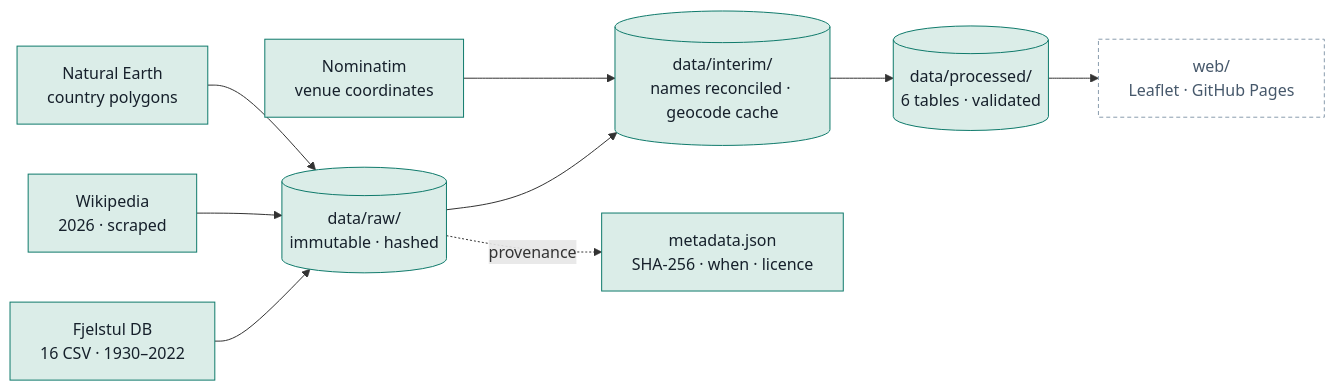
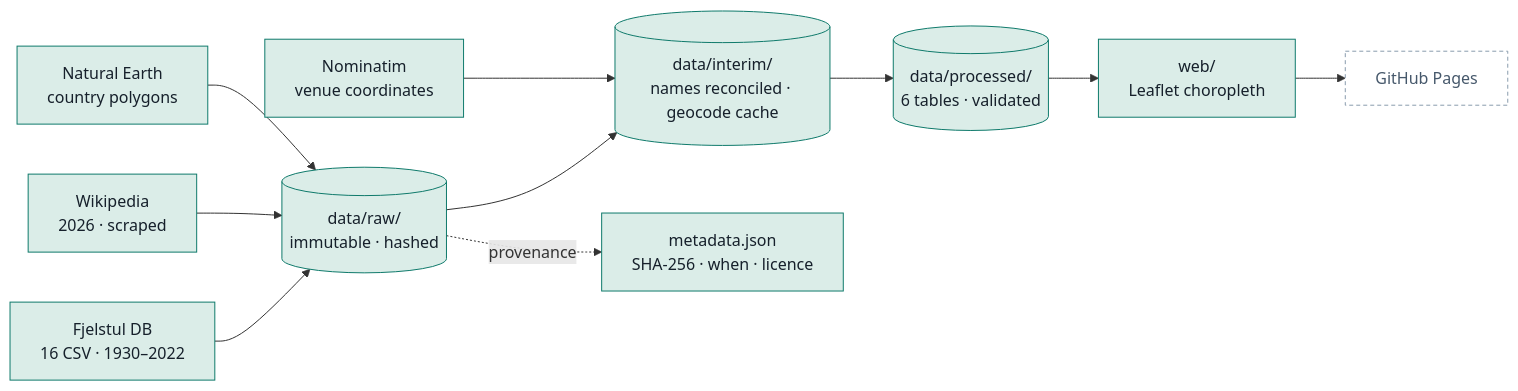
The diagram in README.md (alaindelon96/atlas-copa-mundo), drawn with Mermaid before and after one commit. The commit also changed other lines of this file and 11 other files, not shown here.

````diff
--- a/README.md
+++ b/README.md
@@ -90,15 +91,16 @@
 ```mermaid
 flowchart LR
     A[Fjelstul DB<br/>16 CSV · 1930–2022]:::done --> R
     B[Wikipedia<br/>2026 · scraped]:::done --> R
     C[Natural Earth<br/>country polygons]:::done --> R
     R[("data/raw/<br/>immutable · hashed")]:::done --> I
     N[Nominatim<br/>venue coordinates]:::done --> I
     I[("data/interim/<br/>names reconciled · geocode cache")]:::done --> P
     P[("data/processed/<br/>6 tables · validated")]:::done --> W
-    W[web/<br/>Leaflet · GitHub Pages]:::todo
+    W[web/<br/>Leaflet choropleth]:::done --> G
+    G[GitHub Pages]:::todo
     R -.provenance.-> M[metadata.json<br/>SHA-256 · when · licence]:::done
 
     classDef done fill:#DBEDE8,stroke:#0F7A6B,color:#16202B
     classDef todo fill:transparent,stroke:#8A9CAD,color:#46586B,stroke-dasharray:4 3
 ```
````
